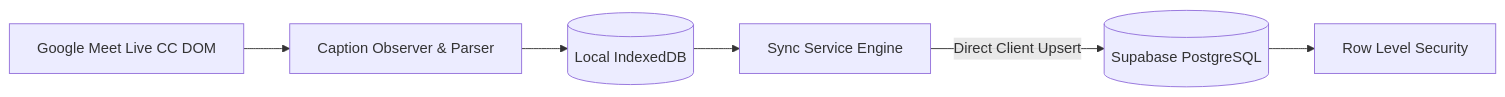
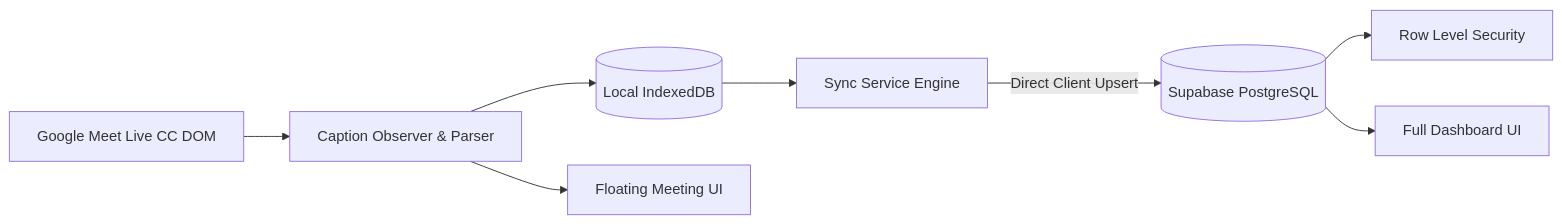
The diagram in README.md (trinhdamhuy/meet-transcript-saver), drawn with Mermaid before and after one commit. The commit also changed other lines of this file and 4 other files, not shown here.

````diff
--- a/README.md
+++ b/README.md
@@ -20,8 +23,10 @@
 ```mermaid
 flowchart LR
     A[Google Meet Live CC DOM] --> B[Caption Observer & Parser]
     B --> C[(Local IndexedDB)]
+    B --> W[Floating Meeting UI]
     C --> D[Sync Service Engine]
     D -->|Direct Client Upsert| E[(Supabase PostgreSQL)]
     E --> F[Row Level Security]
+    E --> DB[Full Dashboard UI]
 ```
````
